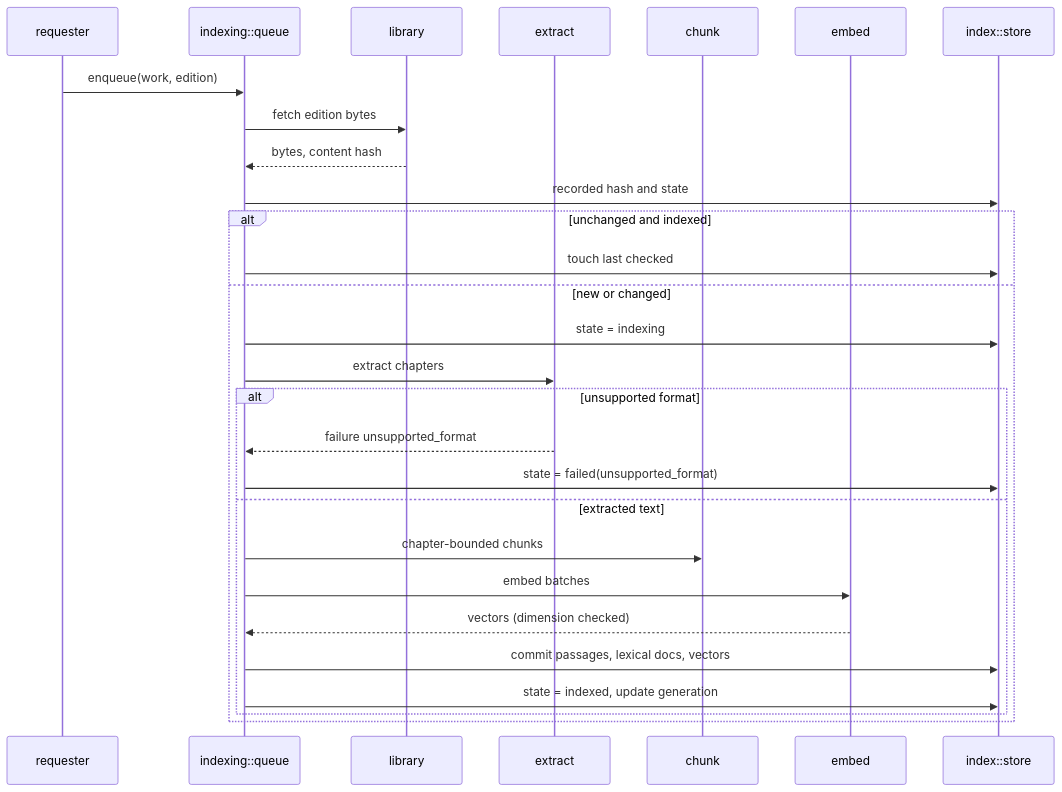
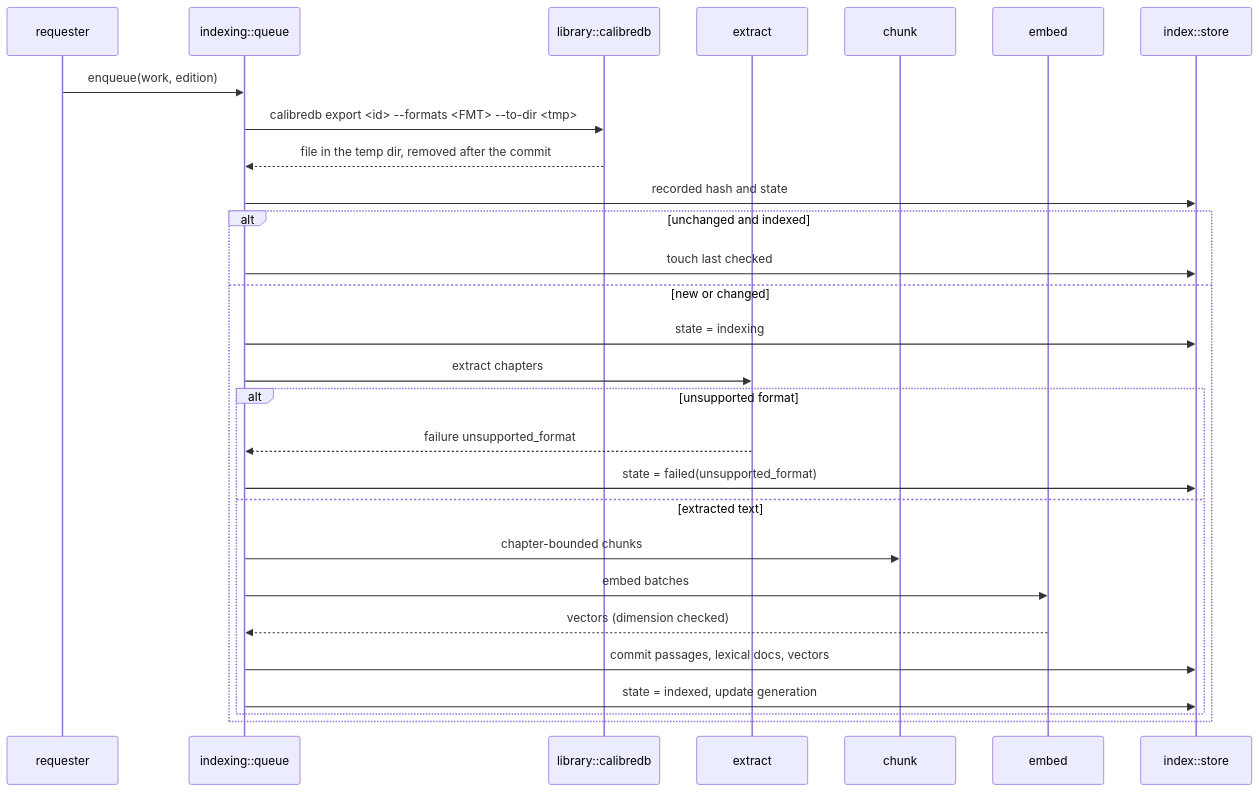
One commit to kressnerd/lesefrucht changed the third of 3 diagrams in docs/arc42/06-runtime-view.md. Above: the diagram before and after it, drawn with Mermaid. The commit also changed other lines of this file and 23 other files, not shown here.

````diff
--- a/docs/arc42/06-runtime-view.md
+++ b/docs/arc42/06-runtime-view.md
@@ -117,30 +125,30 @@
 ```mermaid
 sequenceDiagram
   participant R as requester
   participant Q as indexing::queue
-  participant L as library
+  participant L as library::calibredb
   participant X as extract
   participant Ch as chunk
   participant Em as embed
   participant St as index::store
   R->>Q: enqueue(work, edition)
-  Q->>L: fetch edition bytes
-  L-->>Q: bytes, content hash
+  Q->>L: calibredb export <id> --formats <FMT> --to-dir <tmp>
+  L-->>Q: file in the temp dir, removed after the commit
   Q->>St: recorded hash and state
   alt unchanged and indexed
     Q->>St: touch last checked
   else new or changed
     Q->>St: state = indexing
     Q->>X: extract chapters
     alt unsupported format
       X-->>Q: failure unsupported_format
       Q->>St: state = failed(unsupported_format)
     else extracted text
       Q->>Ch: chapter-bounded chunks
       Q->>Em: embed batches
       Em-->>Q: vectors (dimension checked)
       Q->>St: commit passages, lexical docs, vectors
       Q->>St: state = indexed, update generation
     end
   end
 ```
````
